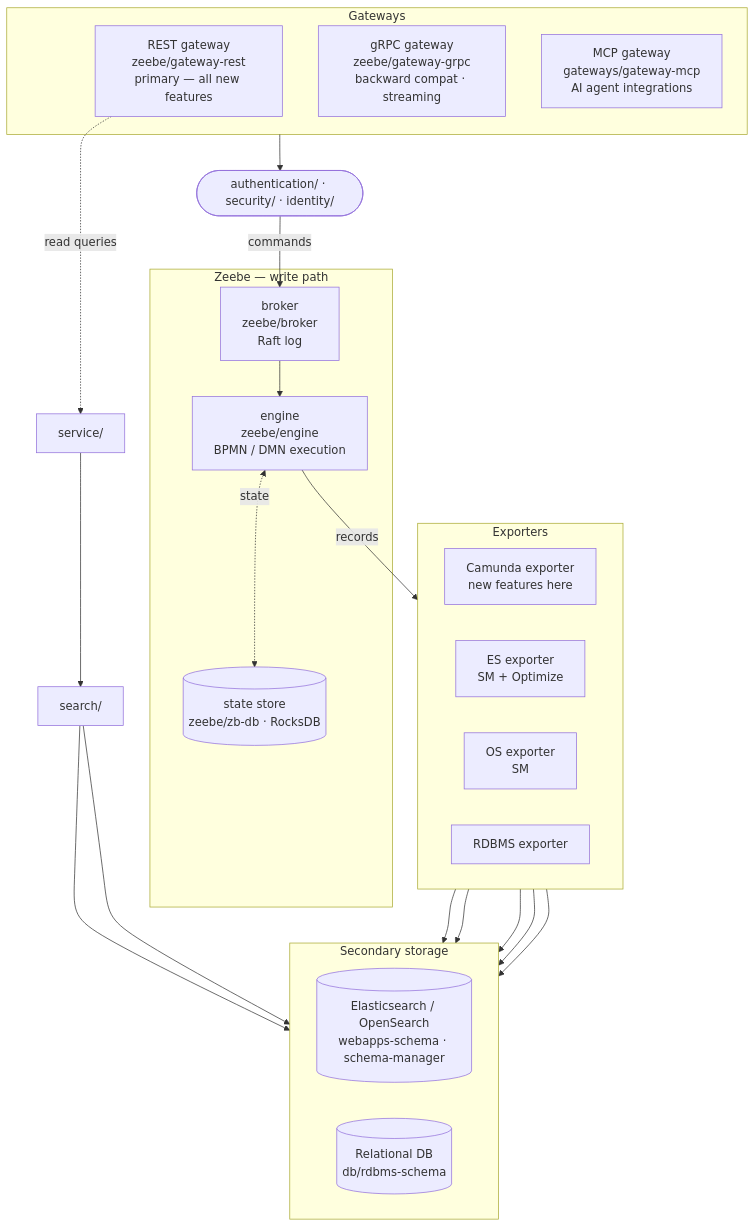
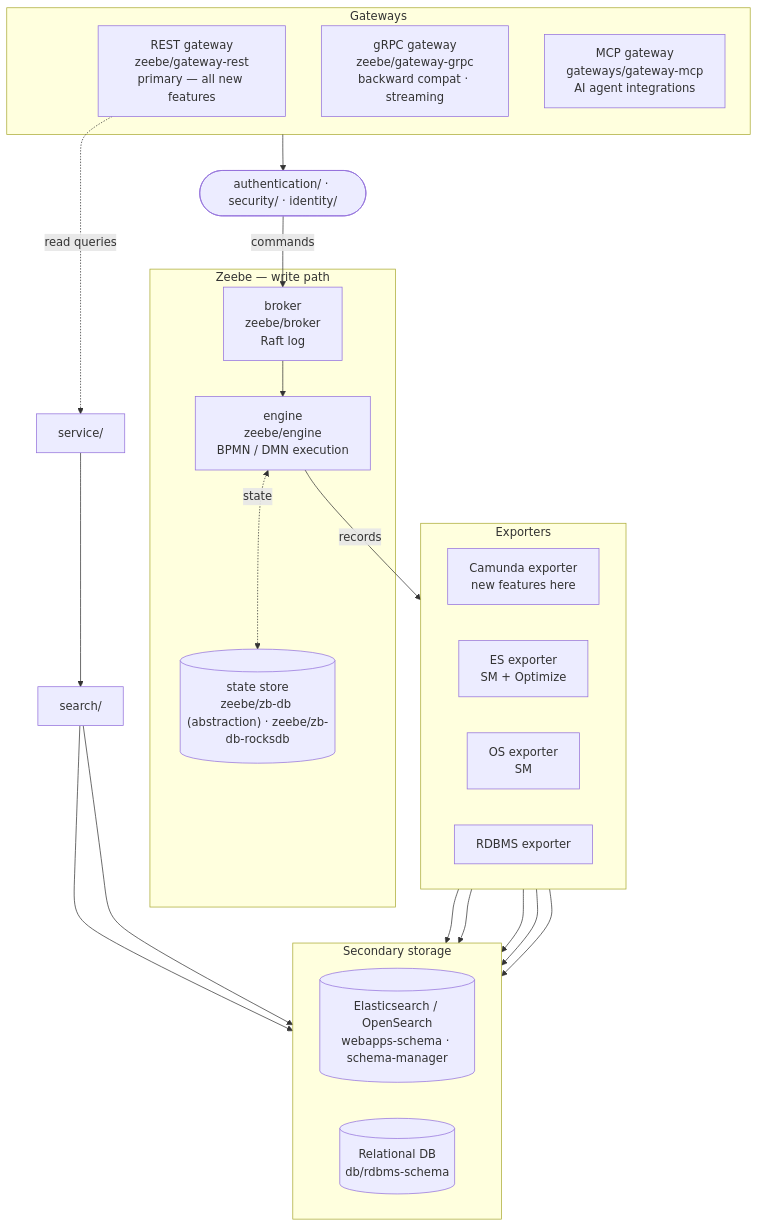
One commit to camunda/camunda changed the diagram in docs/architecture/overview.md. Above: the diagram before and after it, drawn with Mermaid. The commit also changed other lines of this file and 1 other file, not shown here.

First line of the commit message:
docs: describe the zb-db and zb-db-rocksdb split

````diff
--- a/docs/architecture/overview.md
+++ b/docs/architecture/overview.md
@@ -22,46 +22,46 @@
 ```mermaid
 flowchart TD
   subgraph gw["Gateways"]
     REST["REST gateway\nzeebe/gateway-rest\nprimary — all new features"]
     GRPC["gRPC gateway\nzeebe/gateway-grpc\nbackward compat · streaming"]
     MCP["MCP gateway\ngateways/gateway-mcp\nAI agent integrations"]
   end
 
   AUTH(["authentication/ · security/ · identity/"])
 
   subgraph write["Zeebe — write path"]
     BROKER["broker\nzeebe/broker\nRaft log"]
     ENGINE["engine\nzeebe/engine\nBPMN / DMN execution"]
-    STATE[("state store\nzeebe/zb-db · RocksDB")]
+    STATE[("state store\nzeebe/zb-db (abstraction) · zeebe/zb-db-rocksdb")]
     BROKER --> ENGINE
     ENGINE <-.->|state| STATE
   end
 
   subgraph exp["Exporters"]
     direction LR
     CE["Camunda exporter\nnew features here"]
     ESE["ES exporter\nSM + Optimize"]
     OSE["OS exporter\nSM"]
     RE["RDBMS exporter"]
   end
 
   subgraph storage["Secondary storage"]
     direction LR
     ESOS[("Elasticsearch / OpenSearch\nwebapps-schema · schema-manager")]
     RDB[("Relational DB\ndb/rdbms-schema")]
   end
 
   SVC["service/"]
   SEARCH["search/"]
 
   gw --> AUTH
   AUTH -->|commands| BROKER
   ENGINE -->|records| exp
   CE --> ESOS & RDB
   ESE & OSE --> ESOS
   RE --> RDB
 
   REST -.->|read queries| SVC
   SVC --> SEARCH
   SEARCH --> ESOS & RDB
 ```
````
